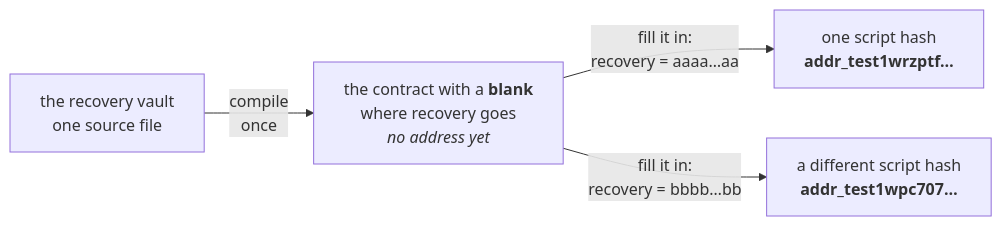
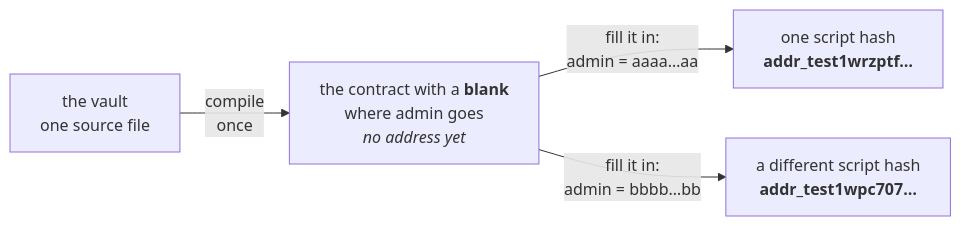
Before and after one commit to cardano-foundation/developer-portal: the diagram in docs/developers/onboarding/lectures/intermediate/7-parameters.md, drawn with Mermaid. The commit also changed other lines of this file and 15 other files, not shown here.

Commit message:
Rework the intermediate vault around a service admin key

````diff
--- a/docs/developers/onboarding/lectures/intermediate/7-parameters.md
+++ b/docs/developers/onboarding/lectures/intermediate/7-parameters.md
@@ -72,10 +64,10 @@
 ```mermaid
 flowchart LR
-    S["the recovery vault<br/>one source file"] -->|"compile<br/>once"| C["`the contract with a **blank**
-    where recovery goes
+    S["the vault<br/>one source file"] -->|"compile<br/>once"| C["`the contract with a **blank**
+    where admin goes
     _no address yet_`"]
-    C -->|"fill it in:<br/>recovery = aaaa…aa"| A["`one script hash
+    C -->|"fill it in:<br/>admin = aaaa…aa"| A["`one script hash
     **addr_test1wrzptf…**`"]
-    C -->|"fill it in:<br/>recovery = bbbb…bb"| B["`a different script hash
+    C -->|"fill it in:<br/>admin = bbbb…bb"| B["`a different script hash
     **addr_test1wpc707…**`"]
 ```
````
